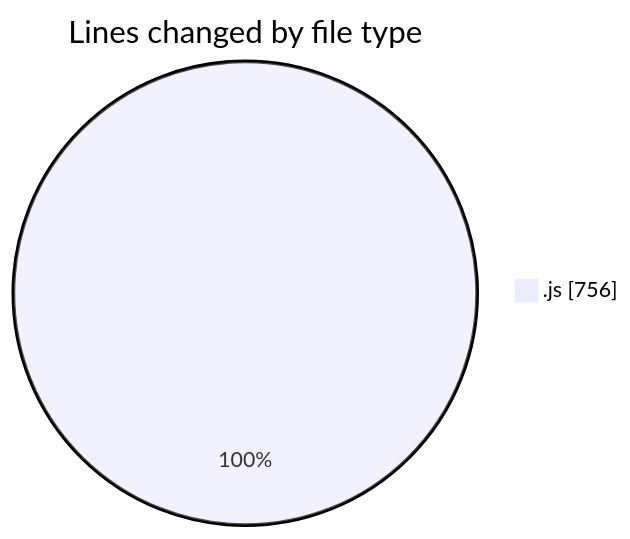
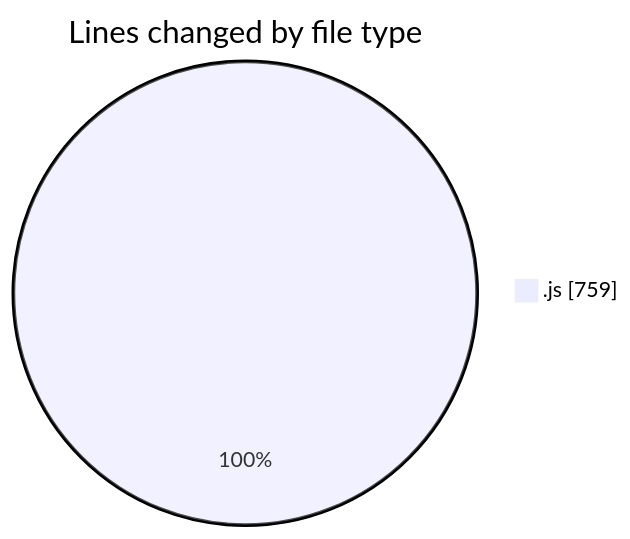
One commit to BS-eng2023/code-tracking changed the first of 2 diagrams in 2025-03-31/jsvms/README.md. Above: the diagram before and after it, drawn with Mermaid. The commit also changed other lines of this file and 1 other file, not shown here.

````diff
--- a/2025-03-31/jsvms/README.md
+++ b/2025-03-31/jsvms/README.md
@@ -28,5 +28,5 @@
 ```mermaid
 pie showData
 title Lines changed by file type
-".js" : 756
+".js" : 759
 ```
````
